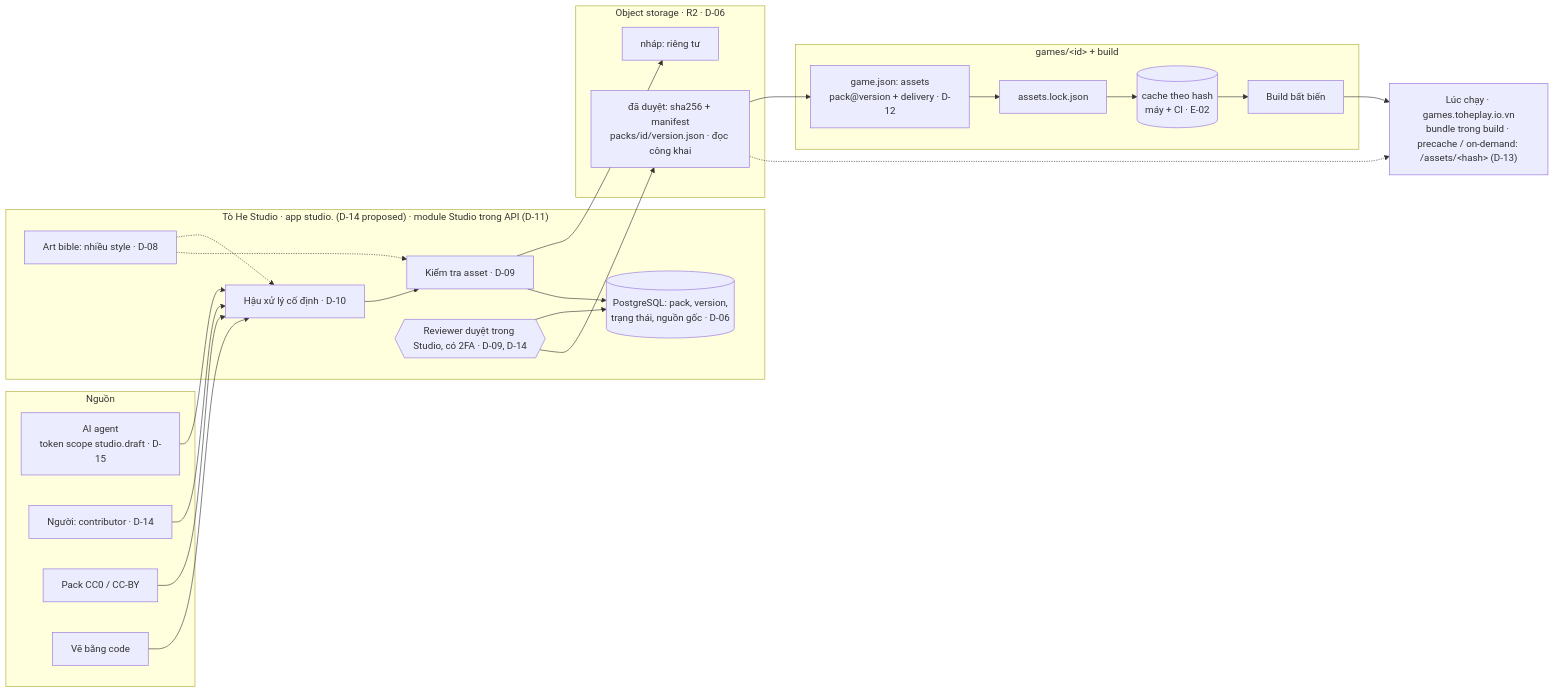
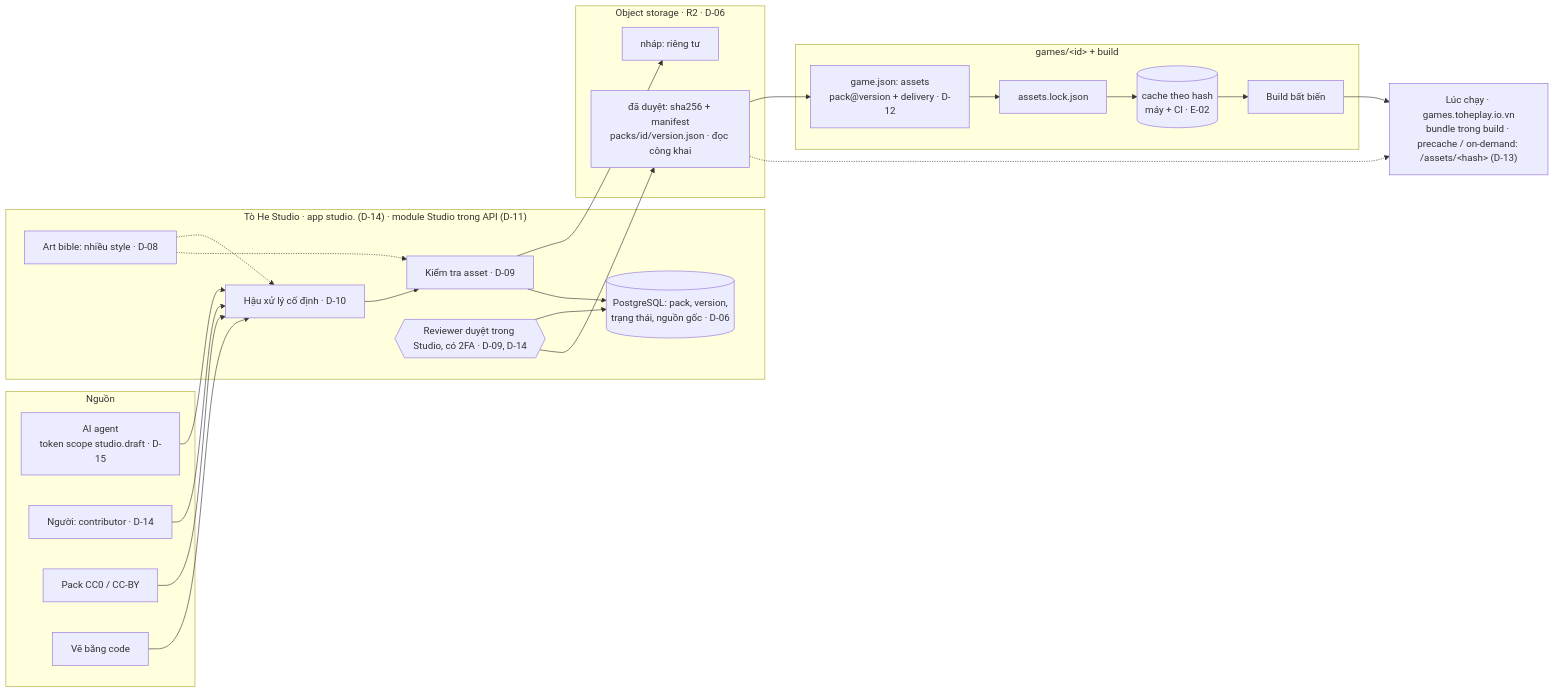
One commit to vinh466/tohe-play changed the diagram in plans/asset-studio/design.md. Above: the diagram before and after it, drawn with Mermaid. The commit also changed other lines of this file and 5 other files, not shown here.

````diff
--- a/plans/asset-studio/design.md
+++ b/plans/asset-studio/design.md
@@ -29,39 +30,39 @@
 ```mermaid
 flowchart LR
   subgraph src[Nguồn]
     ai[AI agent<br/>token scope studio.draft · D-15]
     hu[Người: contributor · D-14]
     cc[Pack CC0 / CC-BY]
     co[Vẽ bằng code]
   end
-  subgraph st["Tò He Studio · app studio. (D-14 proposed) · module Studio trong API (D-11)"]
+  subgraph st["Tò He Studio · app studio. (D-14) · module Studio trong API (D-11)"]
     bible[Art bible: nhiều style · D-08]
     post[Hậu xử lý cố định · D-10]
     chk[Kiểm tra asset · D-09]
     db[(PostgreSQL: pack, version,<br/>trạng thái, nguồn gốc · D-06)]
     rev{{Reviewer duyệt trong Studio, có 2FA · D-09, D-14}}
   end
   subgraph bucket[Object storage · R2 · D-06]
     draft[nháp: riêng tư]
     pub[đã duyệt: sha256 + manifest<br/>packs/id/version.json · đọc công khai]
   end
   subgraph gm["games/&lt;id&gt; + build"]
     decl[game.json: assets<br/>pack@version + delivery · D-12]
     lock[assets.lock.json]
     cache[(cache theo hash<br/>máy + CI · E-02)]
     build[Build bất biến]
   end
   run["Lúc chạy · games.toheplay.io.vn<br/>bundle trong build · precache / on-demand: /assets/&lt;hash&gt; (D-13)"]
   ai --> post
   hu --> post
   cc --> post
   co --> post
   bible -.-> post
   bible -.-> chk
   post --> chk --> draft
   chk --> db
   rev --> db
   rev --> pub
   pub --> decl --> lock --> cache --> build --> run
   pub -.-> run
 ```
````
